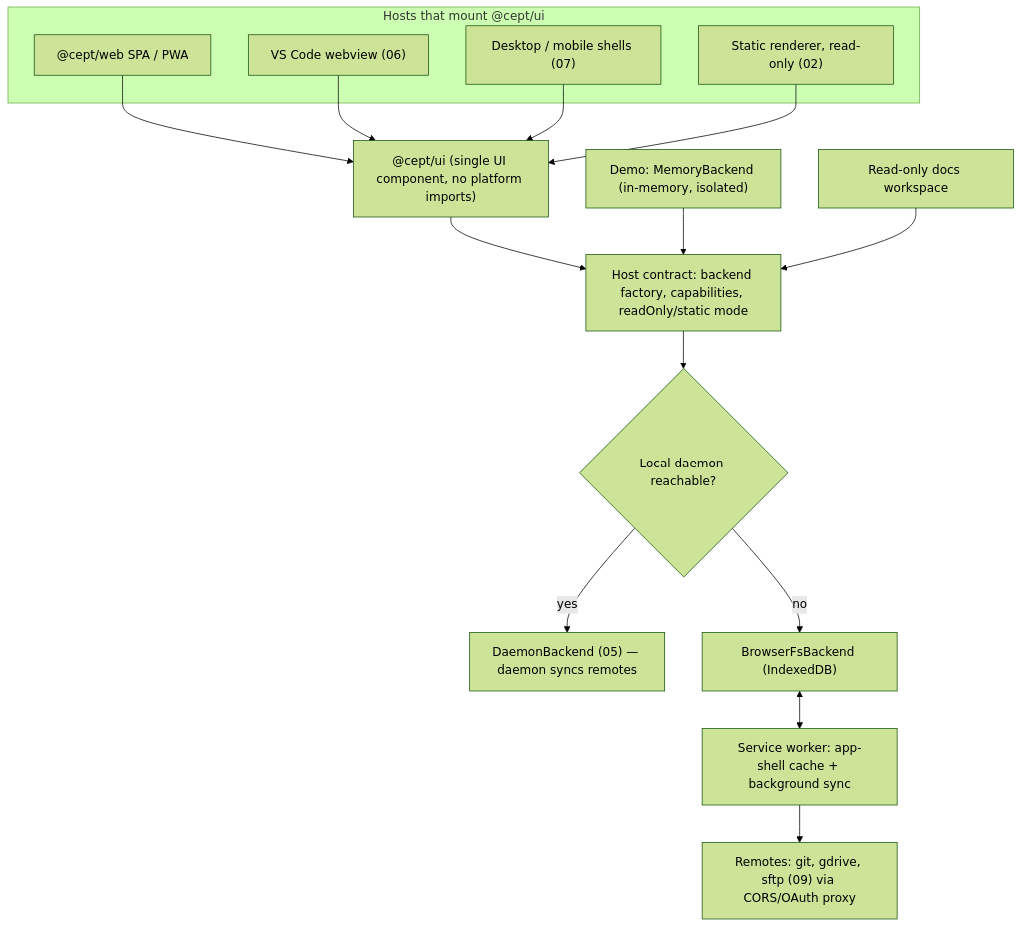
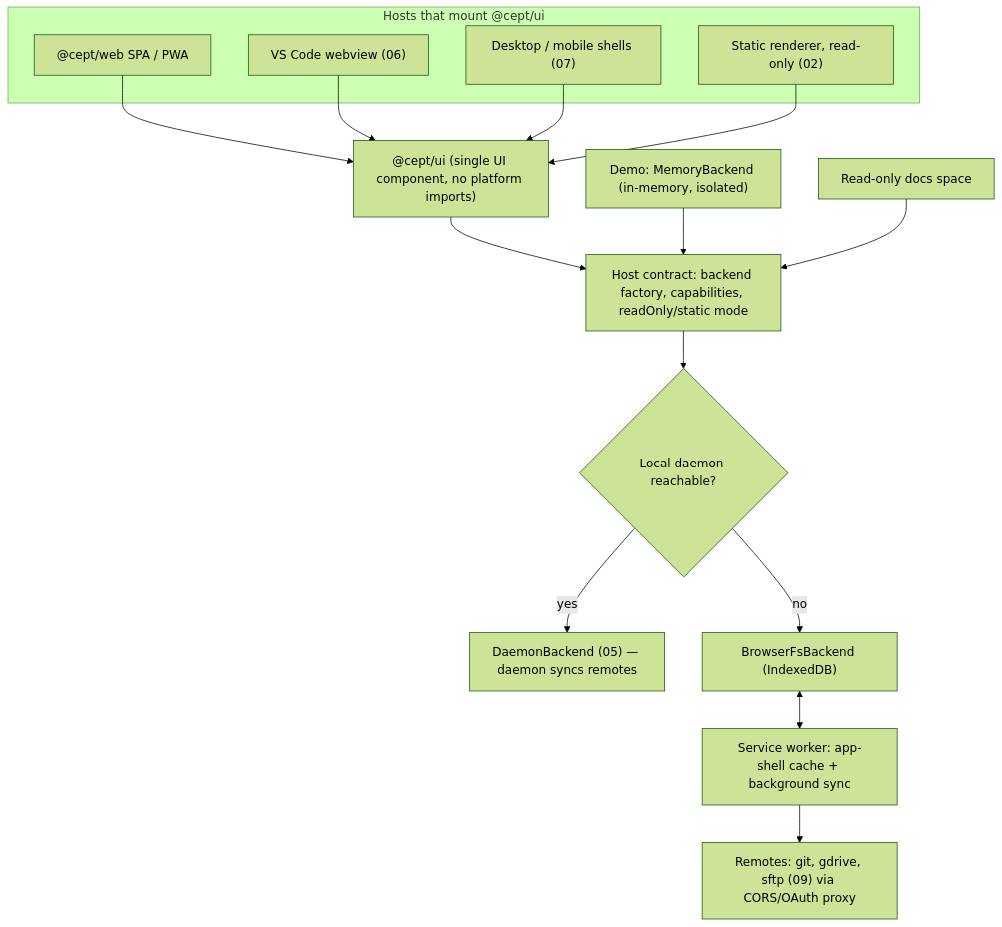
The first of 3 diagrams in docs/specs/requirements/01-browser-app-and-pwa.md (nsheaps/cept), drawn with Mermaid (forest theme) before and after one commit. The commit also changed other lines of this file and 12 other files, not shown here.

````diff
--- a/docs/specs/requirements/01-browser-app-and-pwa.md
+++ b/docs/specs/requirements/01-browser-app-and-pwa.md
@@ -91,23 +91,23 @@
 ```mermaid
 flowchart TB
   subgraph Hosts["Hosts that mount @cept/ui"]
     WEB["@cept/web SPA / PWA"]
     VSC["VS Code webview (06)"]
     APP["Desktop / mobile shells (07)"]
     SSG["Static renderer, read-only (02)"]
   end
   UI["@cept/ui (single UI component, no platform imports)"]
   HC["Host contract: backend factory, capabilities, readOnly/static mode"]
   WEB --> UI
   VSC --> UI
   APP --> UI
   SSG --> UI
   UI --> HC
   HC --> SEL{"Local daemon reachable?"}
   SEL -- "yes" --> DB["DaemonBackend (05) — daemon syncs remotes"]
   SEL -- "no" --> BFS["BrowserFsBackend (IndexedDB)"]
   BFS <--> SW["Service worker: app-shell cache + background sync"]
   SW --> REM["Remotes: git, gdrive, sftp (09) via CORS/OAuth proxy"]
   DEMO["Demo: MemoryBackend (in-memory, isolated)"] --> HC
-  DOCS["Read-only docs workspace"] --> HC
+  DOCS["Read-only docs space"] --> HC
 ```
````
